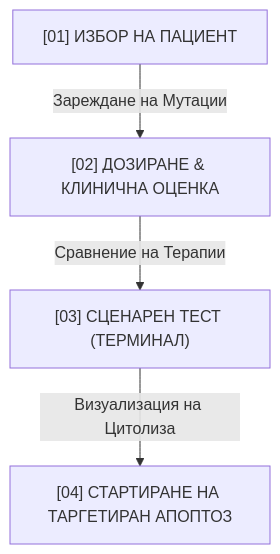
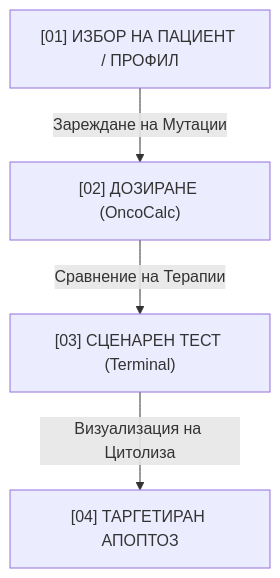
One commit to papica777-eng/aeterna.website changed the diagram in CLINICAL_DOCUMENTATION.md. Above: the diagram before and after it, drawn with Mermaid. The commit also changed other lines of this file and 5 other files, not shown here.

````diff
--- a/CLINICAL_DOCUMENTATION.md
+++ b/CLINICAL_DOCUMENTATION.md
@@ -47,6 +67,6 @@
 ```mermaid
 graph TD
-    A["[01] ИЗБОР НА ПАЦИЕНТ"] -->|Зареждане на Мутации| B["[02] ДОЗИРАНЕ & КЛИНИЧНА ОЦЕНКА"]
-    B -->|Сравнение на Терапии| C["[03] СЦЕНАРЕН ТЕСТ (ТЕРМИНАЛ)"]
-    C -->|Визуализация на Цитолиза| D["[04] СТАРТИРАНЕ НА ТАРГЕТИРАН АПОПТОЗ"]
+    A["[01] ИЗБОР НА ПАЦИЕНТ / ПРОФИЛ"] -->|Зареждане на Мутации| B["[02] ДОЗИРАНЕ (OncoCalc)"]
+    B -->|Сравнение на Терапии| C["[03] СЦЕНАРЕН ТЕСТ (Terminal)"]
+    C -->|Визуализация на Цитолиза| D["[04] ТАРГЕТИРАН АПОПТОЗ"]
 ```
````
